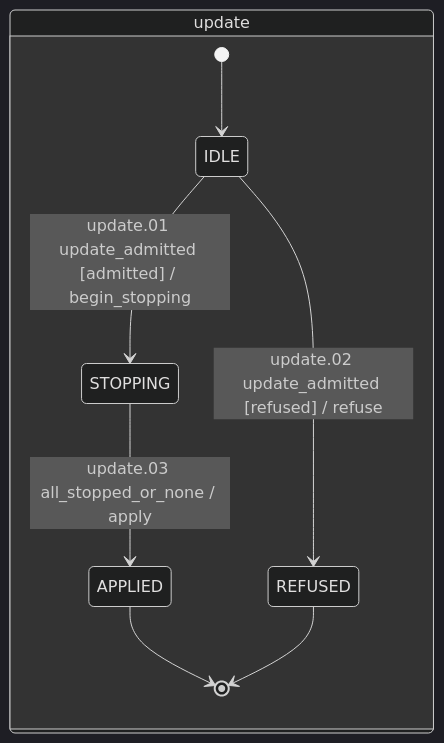
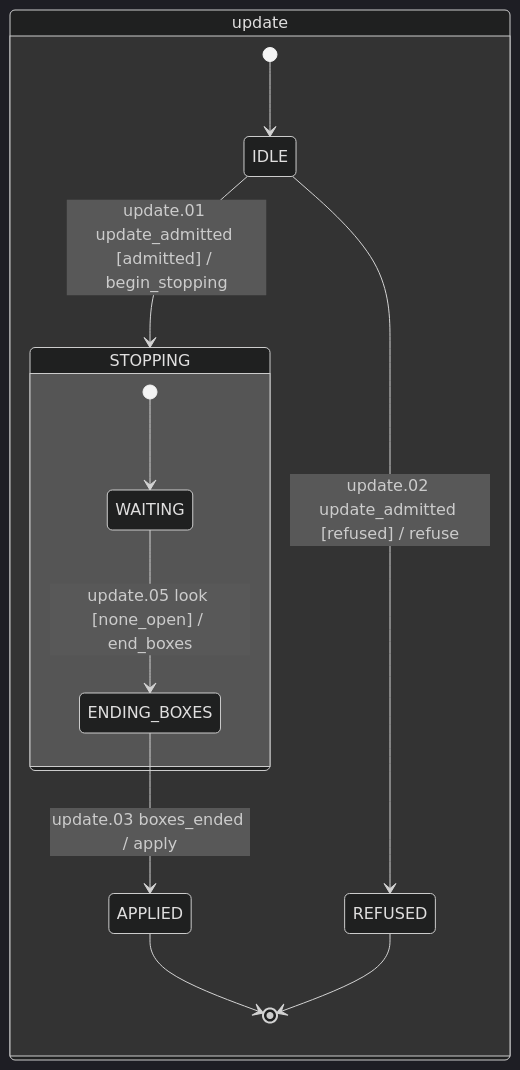
Before and after one commit to mrbald/dsl41: the eighth of 8 diagrams in docs/state-machines.md, drawn with Mermaid (dark theme). The commit also changed other lines of this file and 10 other files, not shown here.

````diff
--- a/docs/state-machines.md
+++ b/docs/state-machines.md
@@ -846,16 +846,22 @@
 ```mermaid
 stateDiagram-v2
-    state "update" as s4
-    state s4 {
-        [*] --> s1
-        state "IDLE" as s1
-        state "STOPPING" as s3
+    state "update" as s6
+    state s6 {
+        [*] --> s2
+        state "IDLE" as s2
+        state "STOPPING" as s4
+        state s4 {
+            [*] --> s5
+            state "WAITING" as s5
+            state "ENDING_BOXES" as s1
+        }
         state "APPLIED" as s0
-        state "REFUSED" as s2
+        state "REFUSED" as s3
         s0 --> [*]
-        s2 --> [*]
+        s3 --> [*]
     }
-    s1 --> s3 : update.01 update_admitted [admitted] / begin_stopping
-    s1 --> s2 : update.02 update_admitted [refused] / refuse
-    s3 --> s0 : update.03 all_stopped_or_none / apply
+    s2 --> s4 : update.01 update_admitted [admitted] / begin_stopping
+    s2 --> s3 : update.02 update_admitted [refused] / refuse
+    s1 --> s0 : update.03 boxes_ended / apply
+    s5 --> s1 : update.05 look [none_open] / end_boxes
 ```
````
